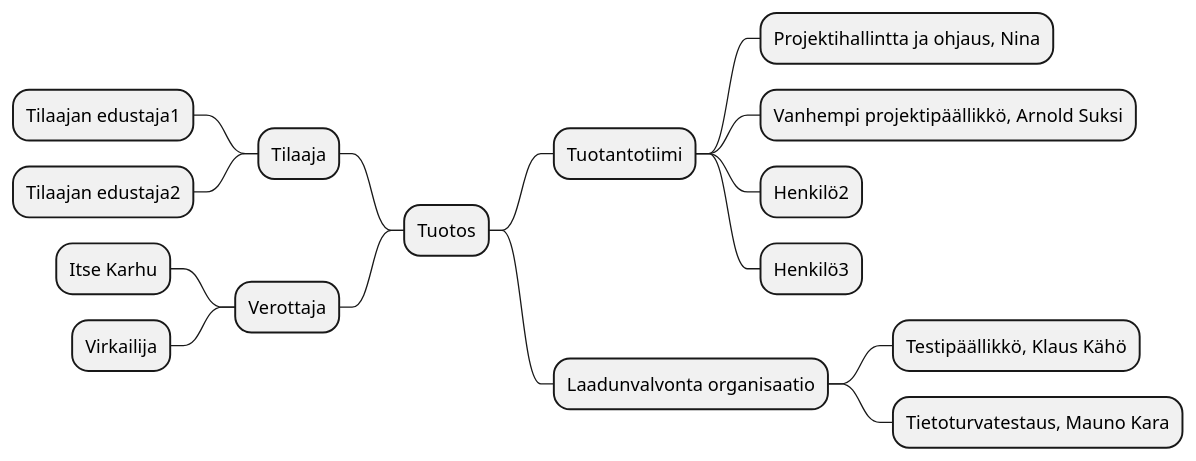
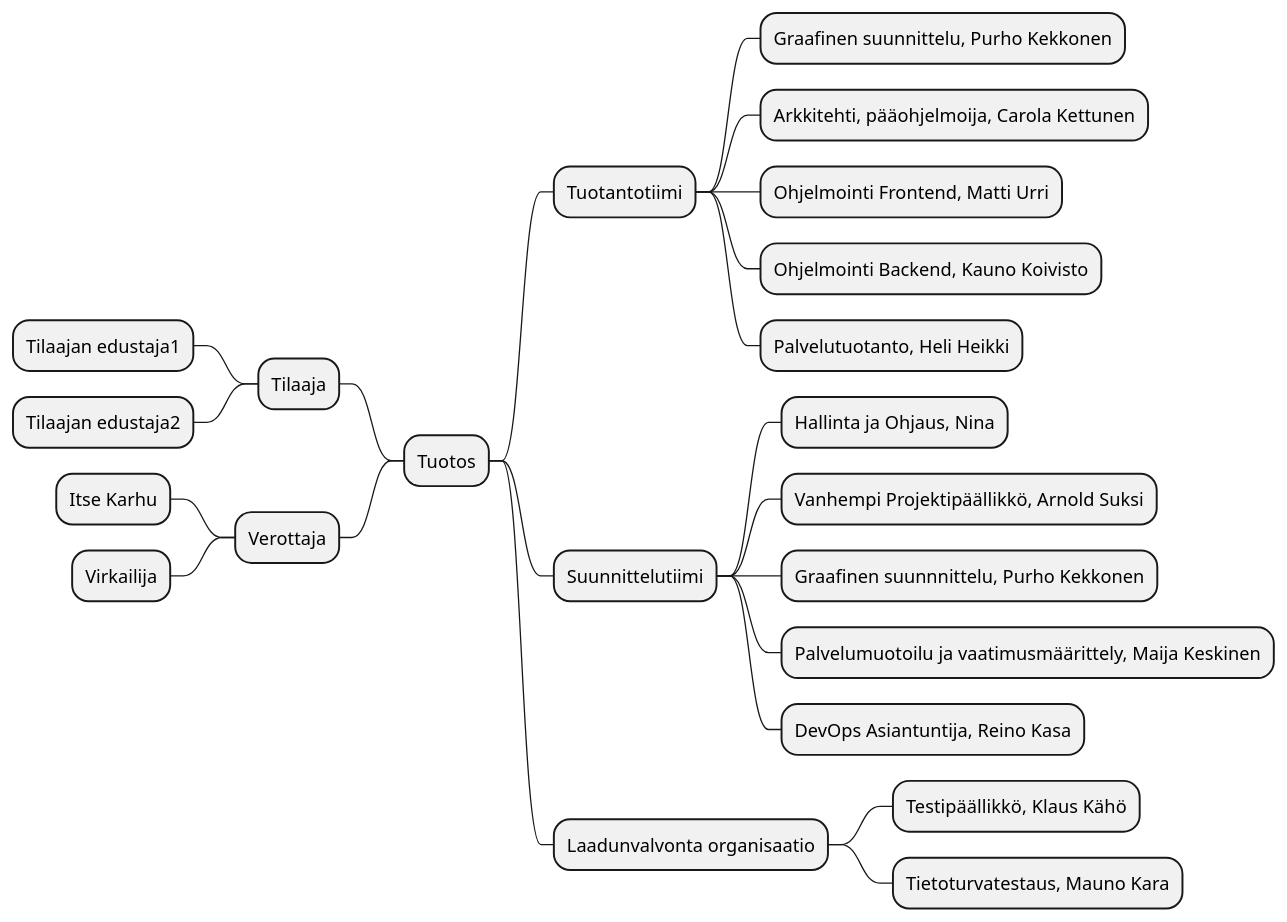
The second of 3 diagrams in dokumentit/10-Projektihallinta/projektisuunnitelma.md (ninaleo/S2021-AB5160-core), drawn with PlantUML before and after one commit. The commit also changed other lines of this file, not shown here.

````diff
--- a/dokumentit/10-Projektihallinta/projektisuunnitelma.md
+++ b/dokumentit/10-Projektihallinta/projektisuunnitelma.md
@@ -130,19 +130,26 @@
 ```plantuml
 @startmindmap
 + Tuotos
 ++ Tuotantotiimi
-+++ Projektihallintta ja ohjaus, Nina
-+++ Vanhempi projektipäällikkö, Arnold Suksi
-+++ Henkilö2
-+++ Henkilö3
++++ Graafinen suunnittelu, Purho Kekkonen
++++ Arkkitehti, pääohjelmoija, Carola Kettunen
++++ Ohjelmointi Frontend, Matti Urri
++++ Ohjelmointi Backend, Kauno Koivisto
++++ Palvelutuotanto, Heli Heikki
+++ Suunnittelutiimi
++++ Hallinta ja Ohjaus, Nina
++++ Vanhempi Projektipäällikkö, Arnold Suksi
++++ Graafinen suunnnittelu, Purho Kekkonen
++++ Palvelumuotoilu ja vaatimusmäärittely, Maija Keskinen
++++ DevOps Asiantuntija, Reino Kasa
 -- Tilaaja
 --- Tilaajan edustaja1
 --- Tilaajan edustaja2
 ++ Laadunvalvonta organisaatio
 +++ Testipäällikkö, Klaus Kähö
 +++ Tietoturvatestaus, Mauno Kara
 -- Verottaja
 --- Itse Karhu
 --- Virkailija
 @endmindmap
 ```
````
